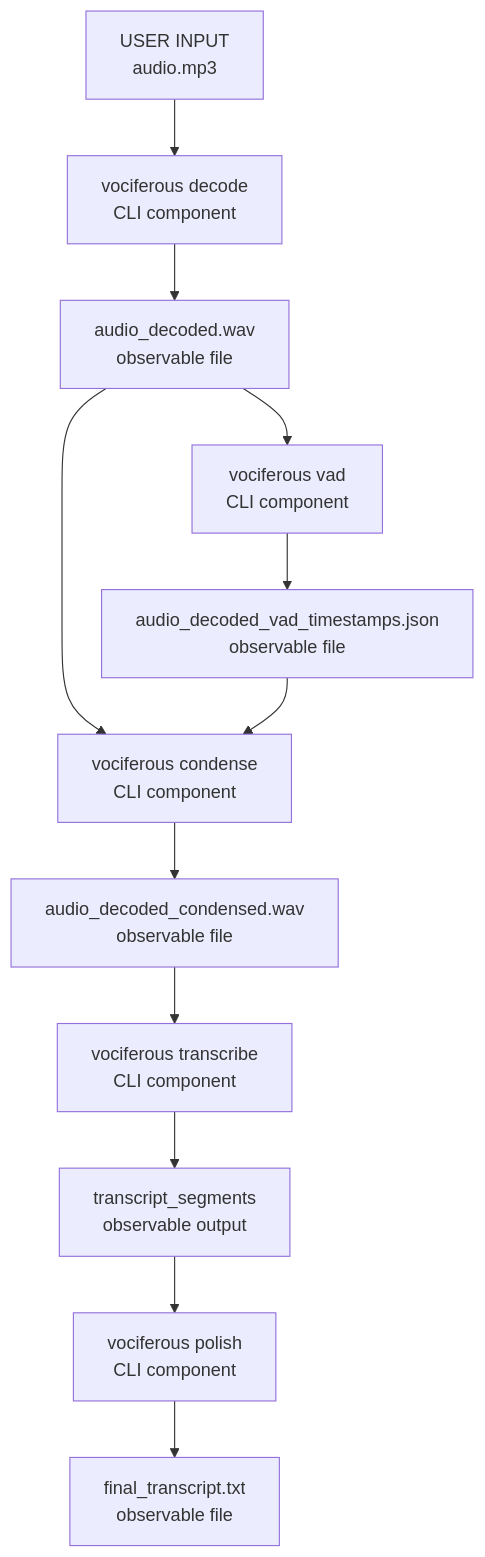
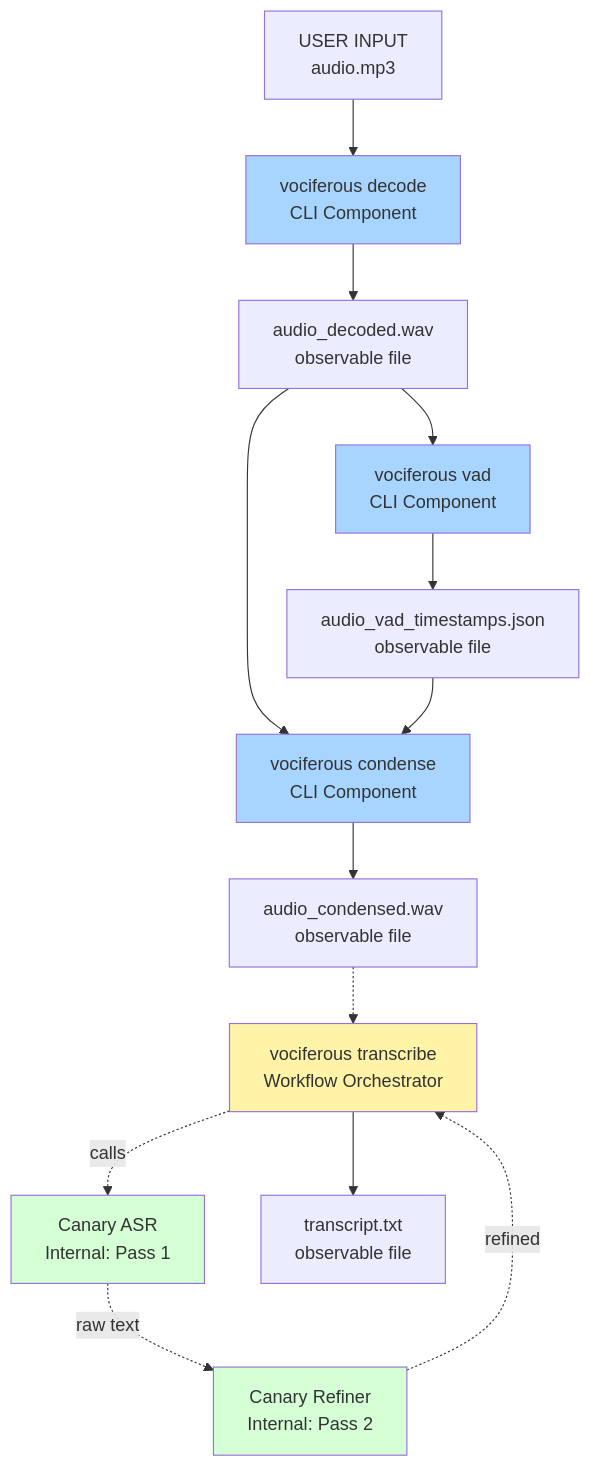
One commit to WanderingAstronomer/Vociferous changed the fifth of 5 diagrams in Planning and Documentation/ARCHITECTURE.md. Above: the diagram before and after it, drawn with Mermaid. The commit also changed other lines of this file, not shown here.

Commit message:
Update ARCHITECTURE.md with Canary-Qwen dual-pass design and comprehensive documentation

````diff
--- a/Planning and Documentation/ARCHITECTURE.md
+++ b/Planning and Documentation/ARCHITECTURE.md
@@ -679,27 +917,46 @@
 ```mermaid
 graph TD
     U["USER INPUT<br/>audio.mp3"]
 
-    D_CMD["vociferous decode<br/>CLI component"]
+    %% CLI-Accessible Components (solid boxes)
+    D_CMD["vociferous decode<br/>CLI Component"]
     D_OUT["audio_decoded.wav<br/>observable file"]
 
-    V_CMD["vociferous vad<br/>CLI component"]
-    V_OUT["audio_decoded_vad_timestamps.json<br/>observable file"]
+    V_CMD["vociferous vad<br/>CLI Component"]
+    V_OUT["audio_vad_timestamps.json<br/>observable file"]
 
-    C_CMD["vociferous condense<br/>CLI component"]
-    C_OUT["audio_decoded_condensed.wav<br/>observable file"]
+    C_CMD["vociferous condense<br/>CLI Component"]
+    C_OUT["audio_condensed.wav<br/>observable file"]
 
-    T_CMD["vociferous transcribe<br/>CLI component"]
-    T_OUT["transcript_segments<br/>observable output"]
+    %% Workflow Orchestrator (dashed box)
+    T_WORKFLOW["vociferous transcribe<br/>Workflow Orchestrator"]
+    
+    %% Internal Components (rounded boxes)
+    ASR["Canary ASR<br/>Internal: Pass 1"]
+    REF["Canary Refiner<br/>Internal: Pass 2"]
+    
+    T_OUT["transcript.txt<br/>observable file"]
 
-    P_CMD["vociferous polish<br/>CLI component"]
-    P_OUT["final_transcript.txt<br/>observable file"]
-
-    U --> D_CMD --> D_OUT
-    D_OUT --> V_CMD --> V_OUT
+    %% Data Flow (solid arrows)
+    U --> D_CMD
+    D_CMD --> D_OUT
+    D_OUT --> V_CMD
+    V_CMD --> V_OUT
     D_OUT --> C_CMD
     V_OUT --> C_CMD
     C_CMD --> C_OUT
-    C_OUT --> T_CMD --> T_OUT
-    T_OUT --> P_CMD --> P_OUT
+
+    %% Workflow Orchestration (dotted arrows)
+    C_OUT -.-> T_WORKFLOW
+    T_WORKFLOW -.calls.-> ASR
+    ASR -.raw text.-> REF
+    REF -.refined.-> T_WORKFLOW
+    T_WORKFLOW --> T_OUT
+
+    style D_CMD fill:#a8d5ff
+    style V_CMD fill:#a8d5ff
+    style C_CMD fill:#a8d5ff
+    style T_WORKFLOW fill:#fff3a8
+    style ASR fill:#d5ffd5
+    style REF fill:#d5ffd5
 ```
````
